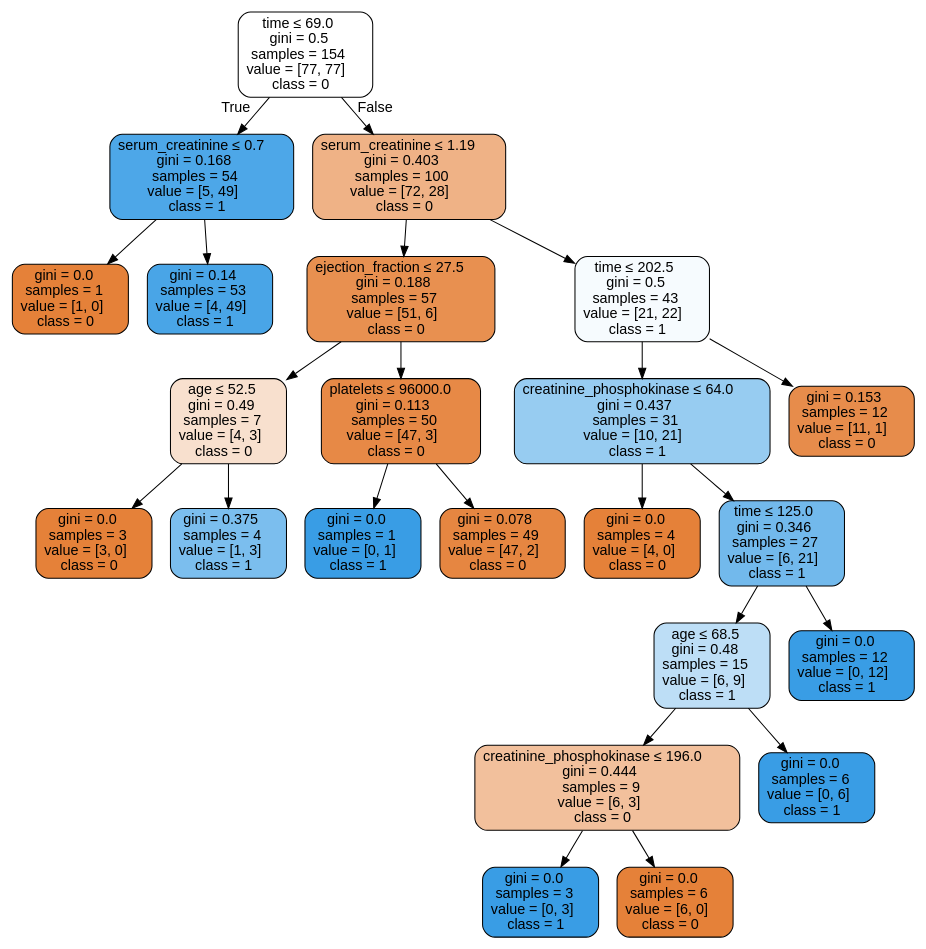
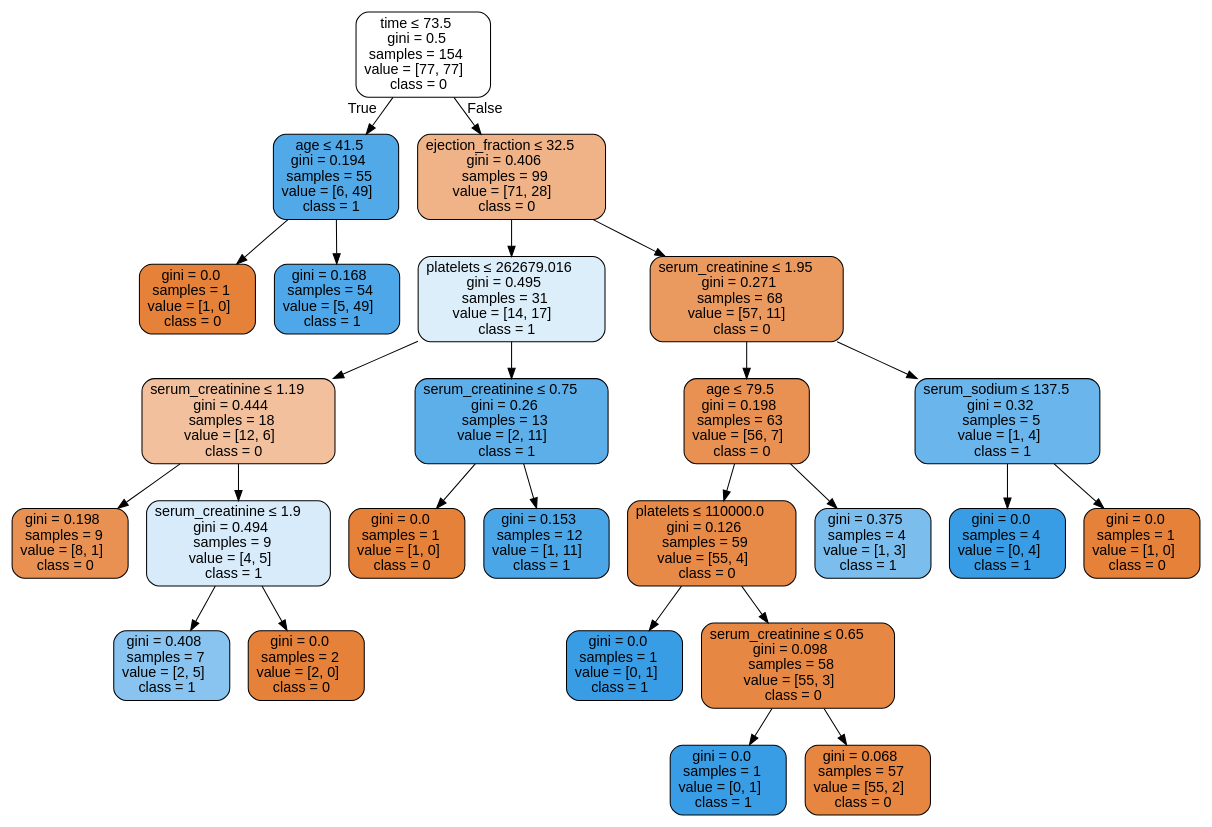
The diagram in Labs/NewClassifiers/Results/DecisionTrees/UnderSample/ - No Outliers/HFCR - UnderSample - dtree.dot (isabelSoares/CD-2021), drawn with Graphviz before and after one commit. The commit also changed 206 other files, not shown here.

```diff
--- a/Labs/NewClassifiers/Results/DecisionTrees/UnderSample/ - No Outliers/HFCR - UnderSample - dtree.dot
+++ b/Labs/NewClassifiers/Results/DecisionTrees/UnderSample/ - No Outliers/HFCR - UnderSample - dtree.dot
@@ -1,49 +1,53 @@
 digraph Tree {
 node [shape=box, style="filled, rounded", color="black", fontname=helvetica] ;
 edge [fontname=helvetica] ;
-0 [label=<time &le; 69.0<br/>gini = 0.5<br/>samples = 154<br/>value = [77, 77]<br/>class = 0>, fillcolor="#ffffff"] ;
-1 [label=<serum_creatinine &le; 0.7<br/>gini = 0.168<br/>samples = 54<br/>value = [5, 49]<br/>class = 1>, fillcolor="#4da7e8"] ;
+0 [label=<time &le; 73.5<br/>gini = 0.5<br/>samples = 154<br/>value = [77, 77]<br/>class = 0>, fillcolor="#ffffff"] ;
+1 [label=<age &le; 41.5<br/>gini = 0.194<br/>samples = 55<br/>value = [6, 49]<br/>class = 1>, fillcolor="#51a9e8"] ;
 0 -> 1 [labeldistance=2.5, labelangle=45, headlabel="True"] ;
 2 [label=<gini = 0.0<br/>samples = 1<br/>value = [1, 0]<br/>class = 0>, fillcolor="#e58139"] ;
 1 -> 2 ;
-3 [label=<gini = 0.14<br/>samples = 53<br/>value = [4, 49]<br/>class = 1>, fillcolor="#49a5e7"] ;
+3 [label=<gini = 0.168<br/>samples = 54<br/>value = [5, 49]<br/>class = 1>, fillcolor="#4da7e8"] ;
 1 -> 3 ;
-4 [label=<serum_creatinine &le; 1.19<br/>gini = 0.403<br/>samples = 100<br/>value = [72, 28]<br/>class = 0>, fillcolor="#efb286"] ;
+4 [label=<ejection_fraction &le; 32.5<br/>gini = 0.406<br/>samples = 99<br/>value = [71, 28]<br/>class = 0>, fillcolor="#efb387"] ;
 0 -> 4 [labeldistance=2.5, labelangle=-45, headlabel="False"] ;
-5 [label=<ejection_fraction &le; 27.5<br/>gini = 0.188<br/>samples = 57<br/>value = [51, 6]<br/>class = 0>, fillcolor="#e89050"] ;
+5 [label=<platelets &le; 262679.016<br/>gini = 0.495<br/>samples = 31<br/>value = [14, 17]<br/>class = 1>, fillcolor="#dceefa"] ;
 4 -> 5 ;
-6 [label=<age &le; 52.5<br/>gini = 0.49<br/>samples = 7<br/>value = [4, 3]<br/>class = 0>, fillcolor="#f8e0ce"] ;
+6 [label=<serum_creatinine &le; 1.19<br/>gini = 0.444<br/>samples = 18<br/>value = [12, 6]<br/>class = 0>, fillcolor="#f2c09c"] ;
 5 -> 6 ;
-7 [label=<gini = 0.0<br/>samples = 3<br/>value = [3, 0]<br/>class = 0>, fillcolor="#e58139"] ;
+7 [label=<gini = 0.198<br/>samples = 9<br/>value = [8, 1]<br/>class = 0>, fillcolor="#e89152"] ;
 6 -> 7 ;
-8 [label=<gini = 0.375<br/>samples = 4<br/>value = [1, 3]<br/>class = 1>, fillcolor="#7bbeee"] ;
+8 [label=<serum_creatinine &le; 1.9<br/>gini = 0.494<br/>samples = 9<br/>value = [4, 5]<br/>class = 1>, fillcolor="#d7ebfa"] ;
 6 -> 8 ;
-9 [label=<platelets &le; 96000.0<br/>gini = 0.113<br/>samples = 50<br/>value = [47, 3]<br/>class = 0>, fillcolor="#e78946"] ;
-5 -> 9 ;
-10 [label=<gini = 0.0<br/>samples = 1<br/>value = [0, 1]<br/>class = 1>, fillcolor="#399de5"] ;
-9 -> 10 ;
-11 [label=<gini = 0.078<br/>samples = 49<br/>value = [47, 2]<br/>class = 0>, fillcolor="#e68641"] ;
-9 -> 11 ;
-12 [label=<time &le; 202.5<br/>gini = 0.5<br/>samples = 43<br/>value = [21, 22]<br/>class = 1>, fillcolor="#f6fbfe"] ;
-4 -> 12 ;
-13 [label=<creatinine_phosphokinase &le; 64.0<br/>gini = 0.437<br/>samples = 31<br/>value = [10, 21]<br/>class = 1>, fillcolor="#97ccf1"] ;
-12 -> 13 ;
-14 [label=<gini = 0.0<br/>samples = 4<br/>value = [4, 0]<br/>class = 0>, fillcolor="#e58139"] ;
-13 -> 14 ;
-15 [label=<time &le; 125.0<br/>gini = 0.346<br/>samples = 27<br/>value = [6, 21]<br/>class = 1>, fillcolor="#72b9ec"] ;
-13 -> 15 ;
-16 [label=<age &le; 68.5<br/>gini = 0.48<br/>samples = 15<br/>value = [6, 9]<br/>class = 1>, fillcolor="#bddef6"] ;
+9 [label=<gini = 0.408<br/>samples = 7<br/>value = [2, 5]<br/>class = 1>, fillcolor="#88c4ef"] ;
+8 -> 9 ;
+10 [label=<gini = 0.0<br/>samples = 2<br/>value = [2, 0]<br/>class = 0>, fillcolor="#e58139"] ;
+8 -> 10 ;
+11 [label=<serum_creatinine &le; 0.75<br/>gini = 0.26<br/>samples = 13<br/>value = [2, 11]<br/>class = 1>, fillcolor="#5dafea"] ;
+5 -> 11 ;
+12 [label=<gini = 0.0<br/>samples = 1<br/>value = [1, 0]<br/>class = 0>, fillcolor="#e58139"] ;
+11 -> 12 ;
+13 [label=<gini = 0.153<br/>samples = 12<br/>value = [1, 11]<br/>class = 1>, fillcolor="#4ba6e7"] ;
+11 -> 13 ;
+14 [label=<serum_creatinine &le; 1.95<br/>gini = 0.271<br/>samples = 68<br/>value = [57, 11]<br/>class = 0>, fillcolor="#ea995f"] ;
+4 -> 14 ;
+15 [label=<age &le; 79.5<br/>gini = 0.198<br/>samples = 63<br/>value = [56, 7]<br/>class = 0>, fillcolor="#e89152"] ;
+14 -> 15 ;
+16 [label=<platelets &le; 110000.0<br/>gini = 0.126<br/>samples = 59<br/>value = [55, 4]<br/>class = 0>, fillcolor="#e78a47"] ;
 15 -> 16 ;
-17 [label=<creatinine_phosphokinase &le; 196.0<br/>gini = 0.444<br/>samples = 9<br/>value = [6, 3]<br/>class = 0>, fillcolor="#f2c09c"] ;
+17 [label=<gini = 0.0<br/>samples = 1<br/>value = [0, 1]<br/>class = 1>, fillcolor="#399de5"] ;
 16 -> 17 ;
-18 [label=<gini = 0.0<br/>samples = 3<br/>value = [0, 3]<br/>class = 1>, fillcolor="#399de5"] ;
-17 -> 18 ;
-19 [label=<gini = 0.0<br/>samples = 6<br/>value = [6, 0]<br/>class = 0>, fillcolor="#e58139"] ;
-17 -> 19 ;
-20 [label=<gini = 0.0<br/>samples = 6<br/>value = [0, 6]<br/>class = 1>, fillcolor="#399de5"] ;
-16 -> 20 ;
-21 [label=<gini = 0.0<br/>samples = 12<br/>value = [0, 12]<br/>class = 1>, fillcolor="#399de5"] ;
+18 [label=<serum_creatinine &le; 0.65<br/>gini = 0.098<br/>samples = 58<br/>value = [55, 3]<br/>class = 0>, fillcolor="#e68844"] ;
+16 -> 18 ;
+19 [label=<gini = 0.0<br/>samples = 1<br/>value = [0, 1]<br/>class = 1>, fillcolor="#399de5"] ;
+18 -> 19 ;
+20 [label=<gini = 0.068<br/>samples = 57<br/>value = [55, 2]<br/>class = 0>, fillcolor="#e68640"] ;
+18 -> 20 ;
+21 [label=<gini = 0.375<br/>samples = 4<br/>value = [1, 3]<br/>class = 1>, fillcolor="#7bbeee"] ;
 15 -> 21 ;
-22 [label=<gini = 0.153<br/>samples = 12<br/>value = [11, 1]<br/>class = 0>, fillcolor="#e78c4b"] ;
-12 -> 22 ;
+22 [label=<serum_sodium &le; 137.5<br/>gini = 0.32<br/>samples = 5<br/>value = [1, 4]<br/>class = 1>, fillcolor="#6ab6ec"] ;
+14 -> 22 ;
+23 [label=<gini = 0.0<br/>samples = 4<br/>value = [0, 4]<br/>class = 1>, fillcolor="#399de5"] ;
+22 -> 23 ;
+24 [label=<gini = 0.0<br/>samples = 1<br/>value = [1, 0]<br/>class = 0>, fillcolor="#e58139"] ;
+22 -> 24 ;
 }
```
